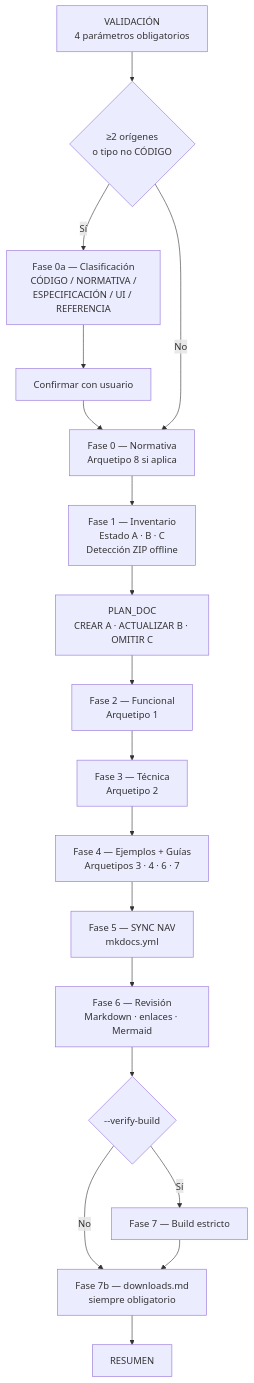
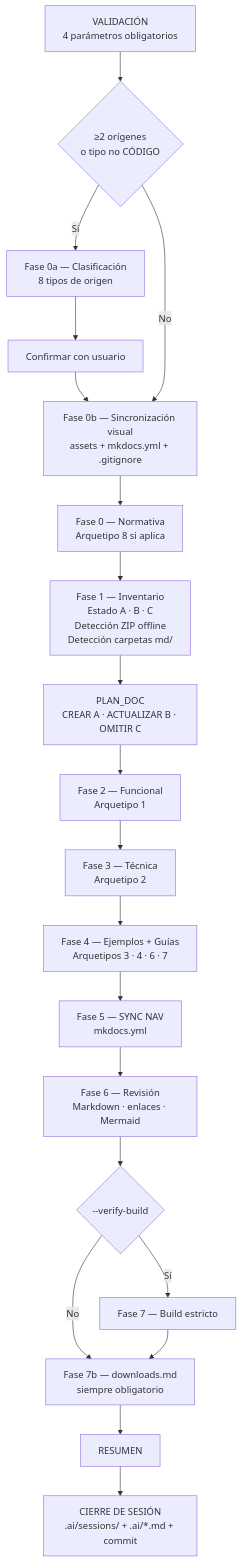
One commit to fmanza/doc_ia changed the diagram in docs/api/document_project.md. Above: the diagram before and after it, drawn with Mermaid. The commit also changed other lines of this file and 14 other files, not shown here.

````diff
--- a/docs/api/document_project.md
+++ b/docs/api/document_project.md
@@ -7,20 +7,22 @@
 ```mermaid
 flowchart TD
     V[VALIDACIÓN\n4 parámetros obligatorios] --> CL{≥2 orígenes\no tipo no CÓDIGO}
-    CL -- Sí --> F0a[Fase 0a — Clasificación\nCÓDIGO / NORMATIVA /\nESPECIFICACIÓN / UI / REFERENCIA]
+    CL -- Sí --> F0a[Fase 0a — Clasificación\n8 tipos de origen]
     F0a --> confirm[Confirmar con usuario]
-    confirm --> F0
-    CL -- No --> F0[Fase 0 — Normativa\nArquetipo 8 si aplica]
-    F0 --> F1[Fase 1 — Inventario\nEstado A · B · C\nDetección ZIP offline]
+    confirm --> F0b
+    CL -- No --> F0b[Fase 0b — Sincronización visual\nassets + mkdocs.yml + .gitignore]
+    F0b --> F0[Fase 0 — Normativa\nArquetipo 8 si aplica]
+    F0 --> F1[Fase 1 — Inventario\nEstado A · B · C\nDetección ZIP offline\nDetección carpetas md/]
     F1 --> PD[PLAN_DOC\nCREAR A · ACTUALIZAR B · OMITIR C]
     PD --> F2[Fase 2 — Funcional\nArquetipo 1]
     F2 --> F3[Fase 3 — Técnica\nArquetipo 2]
     F3 --> F4[Fase 4 — Ejemplos + Guías\nArquetipos 3 · 4 · 6 · 7]
     F4 --> F5[Fase 5 — SYNC NAV\nmkdocs.yml]
     F5 --> F6[Fase 6 — Revisión\nMarkdown · enlaces · Mermaid]
     F6 --> F7{--verify-build}
     F7 -- Sí --> build[Fase 7 — Build estricto]
     F7 -- No --> F7b
     build --> F7b[Fase 7b — downloads.md\nsiempre obligatorio]
     F7b --> RES[RESUMEN]
+    RES --> CIERRE[CIERRE DE SESIÓN\n.ai/sessions/ + .ai/*.md + commit]
 ```
````
